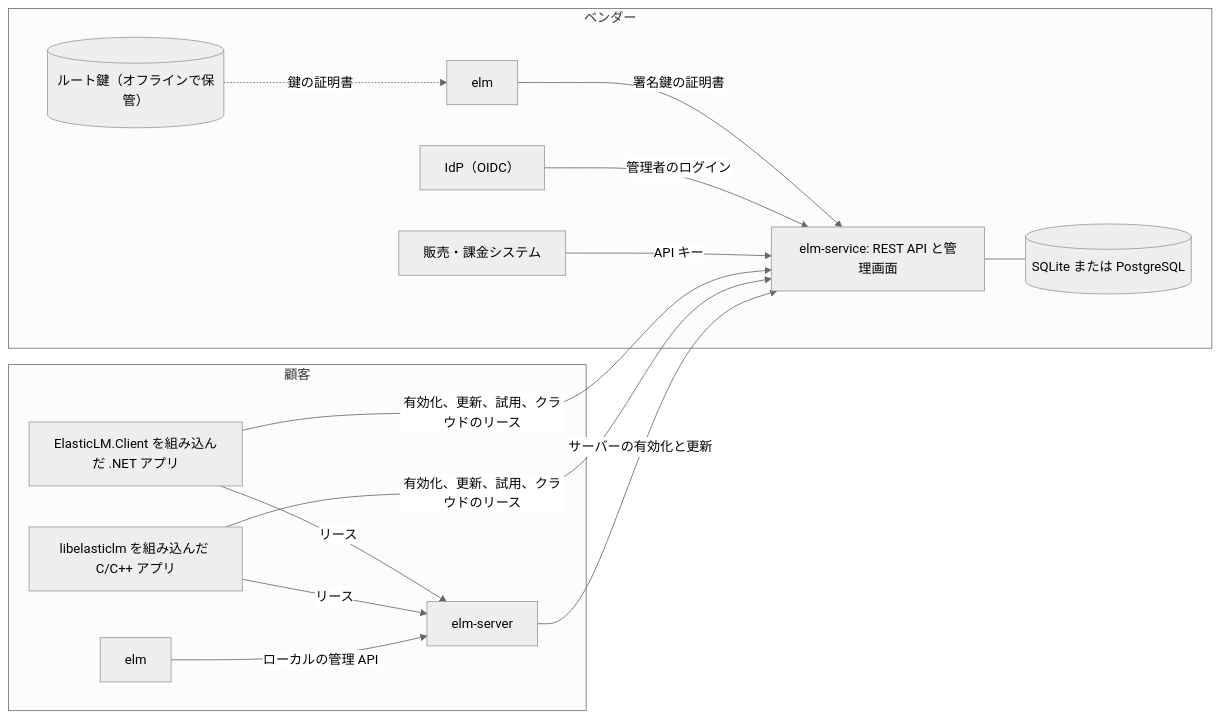
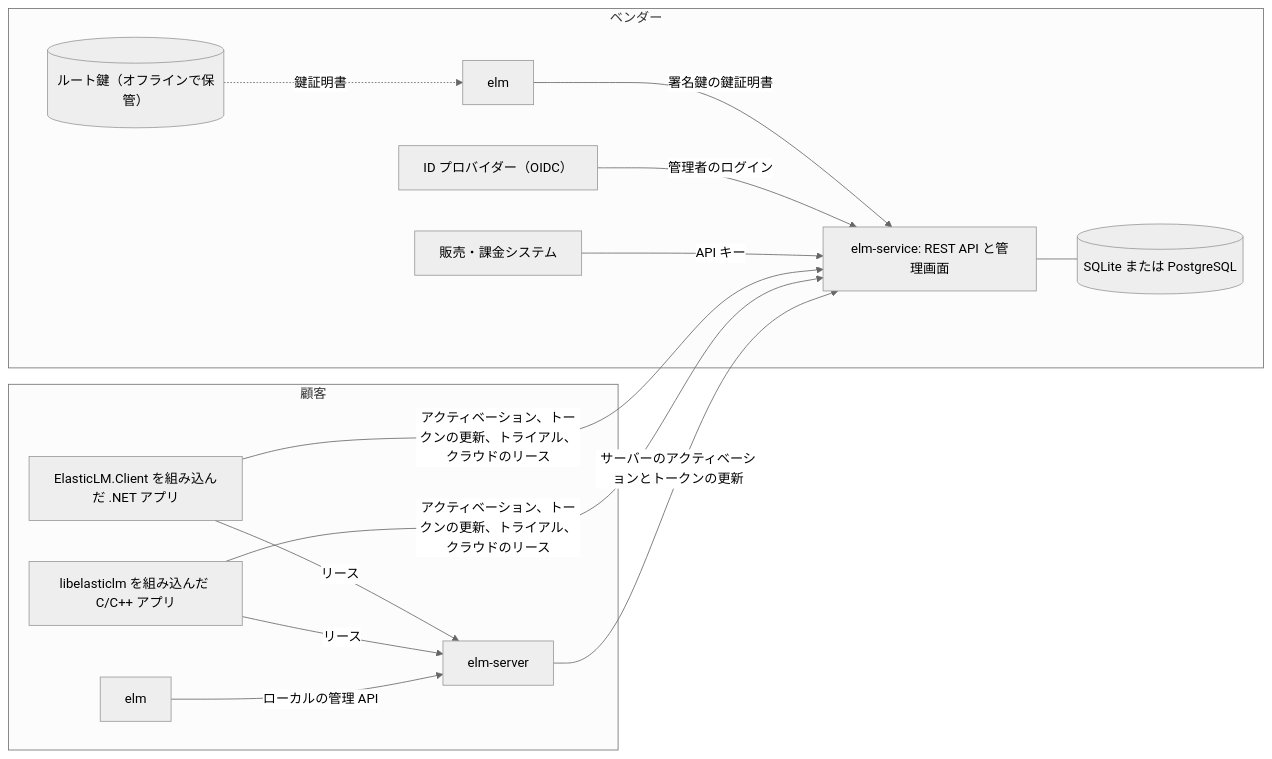
The diagram in docs/guide.ja/explanation/overview.md (YUKIKEDA/ElasticLM), drawn with Mermaid (neutral theme) before and after one commit. The commit also changed other lines of this file and 17 other files, not shown here.

````diff
--- a/docs/guide.ja/explanation/overview.md
+++ b/docs/guide.ja/explanation/overview.md
@@ -69,28 +69,28 @@
 ```mermaid
 flowchart LR
     subgraph Vendor["ベンダー"]
         Root[("ルート鍵（オフラインで保管）")]
         CLI1["elm"]
         Svc["elm-service: REST API と管理画面"]
         DB[("SQLite または PostgreSQL")]
-        IdP["IdP（OIDC）"]
+        IdP["ID プロバイダー（OIDC）"]
         Billing["販売・課金システム"]
     end
     subgraph Customer["顧客"]
         Srv["elm-server"]
         App1["ElasticLM.Client を組み込んだ .NET アプリ"]
         App2["libelasticlm を組み込んだ C/C++ アプリ"]
         CLI2["elm"]
     end
-    Root -. "鍵の証明書" .-> CLI1
-    CLI1 -- "署名鍵の証明書" --> Svc
+    Root -. "鍵証明書" .-> CLI1
+    CLI1 -- "署名鍵の鍵証明書" --> Svc
     Svc --- DB
     IdP -- "管理者のログイン" --> Svc
     Billing -- "API キー" --> Svc
-    App1 -- "有効化、更新、試用、クラウドのリース" --> Svc
-    App2 -- "有効化、更新、試用、クラウドのリース" --> Svc
-    Srv -- "サーバーの有効化と更新" --> Svc
+    App1 -- "アクティベーション、トークンの更新、トライアル、クラウドのリース" --> Svc
+    App2 -- "アクティベーション、トークンの更新、トライアル、クラウドのリース" --> Svc
+    Srv -- "サーバーのアクティベーションとトークンの更新" --> Svc
     App1 -- "リース" --> Srv
     App2 -- "リース" --> Srv
     CLI2 -- "ローカルの管理 API" --> Srv
 ```
````
